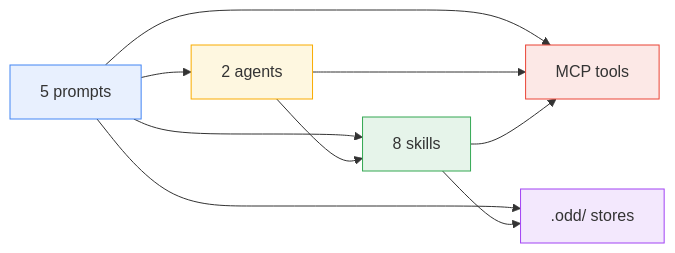
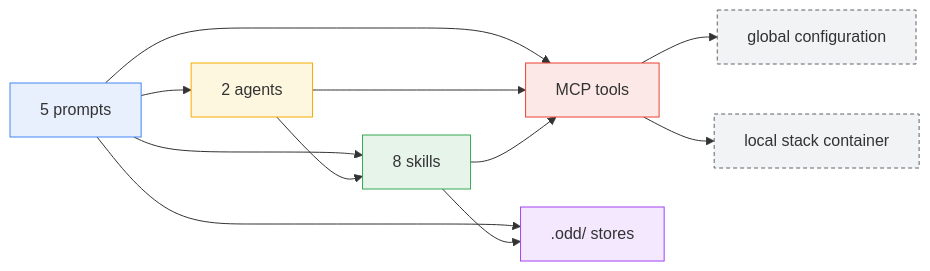
Before and after one commit to using-system/oddyssey: the sixth of 6 diagrams in docs/guide/dependencies.md, drawn with Mermaid. The commit also changed other lines of this file, not shown here.

````diff
--- a/docs/guide/dependencies.md
+++ b/docs/guide/dependencies.md
@@ -374,22 +378,26 @@
 ```mermaid
 flowchart LR
   P[5 prompts] --> A[2 agents]
   P --> S[8 skills]
   A --> S
   P --> M[MCP tools]
   A --> M
   S --> M
   P --> D[".odd/ stores"]
   S --> D
+  M --> C["global configuration"]
+  M --> K["local stack container"]
 
   classDef prompt fill:#e8f0fe,stroke:#4285f4
   classDef agent fill:#fef7e0,stroke:#f9ab00
   classDef skill fill:#e6f4ea,stroke:#34a853
   classDef mcp fill:#fce8e6,stroke:#ea4335
   classDef store fill:#f3e8fd,stroke:#a142f4
+  classDef state fill:#f1f3f4,stroke:#5f6368,stroke-dasharray: 4 3
   class P prompt
   class A agent
   class S skill
   class M mcp
   class D store
+  class C,K state
 ```
````
